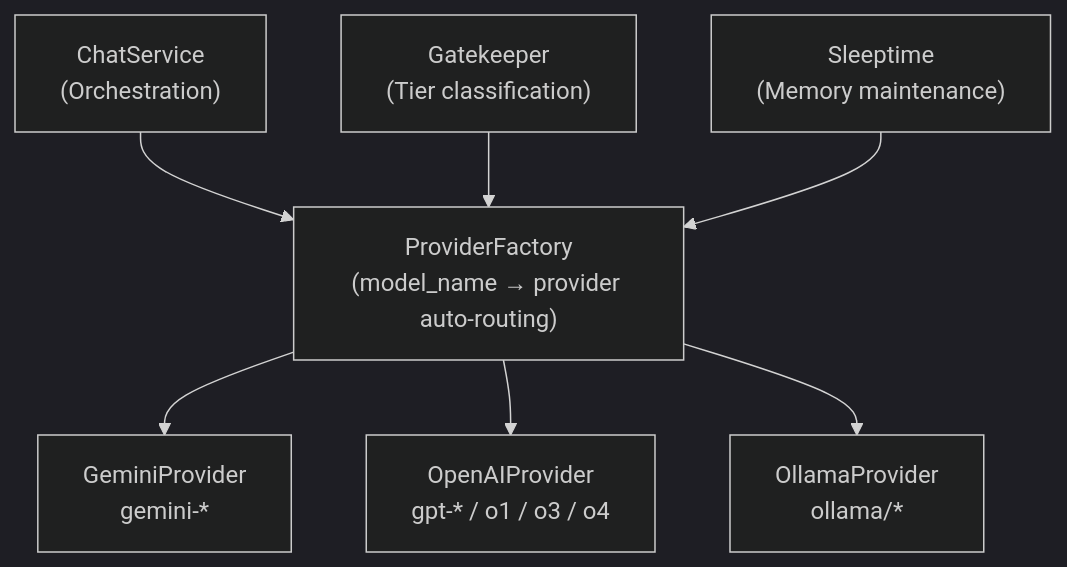
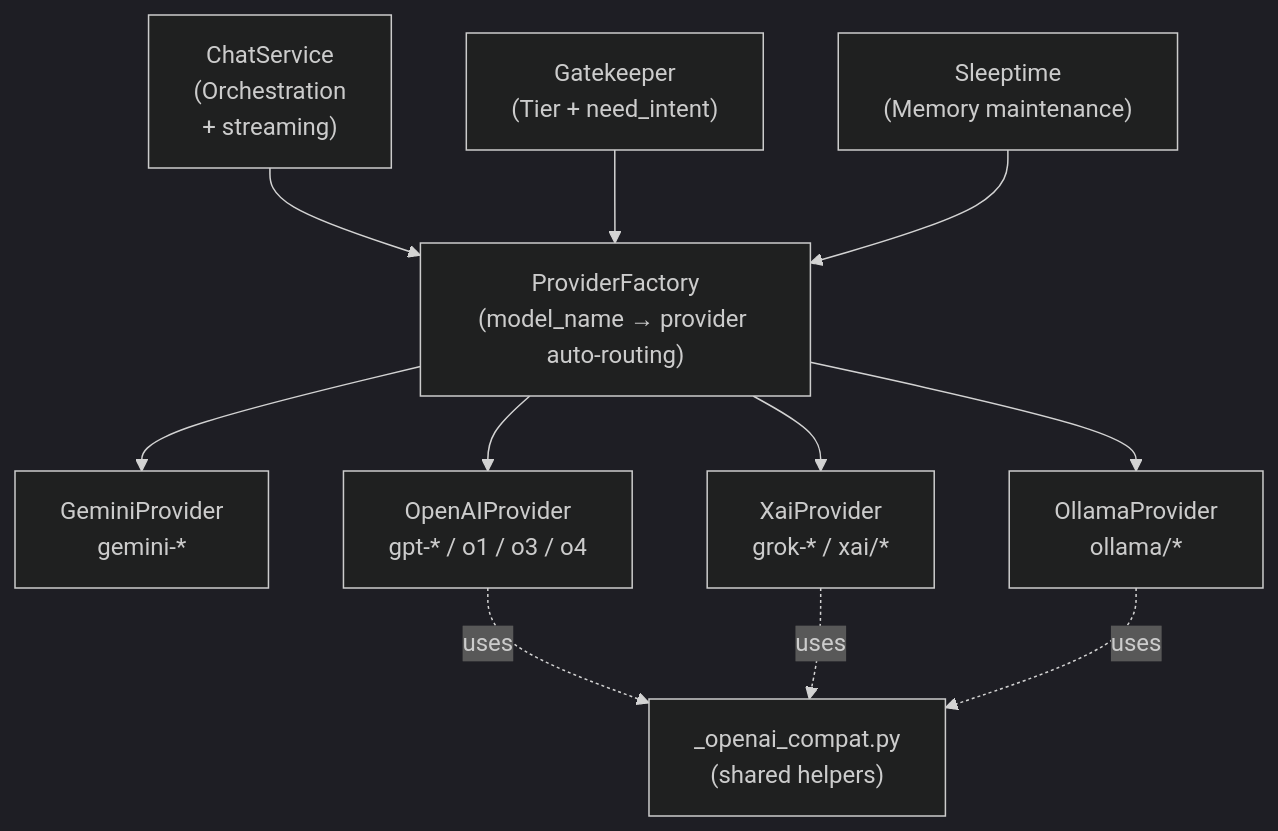
Before and after one commit to unagisann/Butly: the fifth of 7 diagrams in docs/DIAGRAMS.md, drawn with Mermaid (dark theme). The commit also changed other lines of this file and 19 other files, not shown here.

````diff
--- a/docs/DIAGRAMS.md
+++ b/docs/DIAGRAMS.md
@@ -126,17 +128,23 @@
 ```mermaid
 flowchart TD
-    CS["ChatService<br/>(Orchestration)"]
-    GK["Gatekeeper<br/>(Tier classification)"]
+    CS["ChatService<br/>(Orchestration<br/>+ streaming)"]
+    GK["Gatekeeper<br/>(Tier + need_intent)"]
     HK["Sleeptime<br/>(Memory maintenance)"]
     PF["ProviderFactory<br/>(model_name → provider auto-routing)"]
     GE["GeminiProvider<br/>gemini-*"]
     OA["OpenAIProvider<br/>gpt-* / o1 / o3 / o4"]
+    XA["XaiProvider<br/>grok-* / xai/*"]
     OL["OllamaProvider<br/>ollama/*"]
+    CMP["_openai_compat.py<br/>(shared helpers)"]
 
     CS --> PF
     GK --> PF
     HK --> PF
     PF --> GE
     PF --> OA
+    PF --> XA
     PF --> OL
+    OA -.->|uses| CMP
+    XA -.->|uses| CMP
+    OL -.->|uses| CMP
 ```
````
